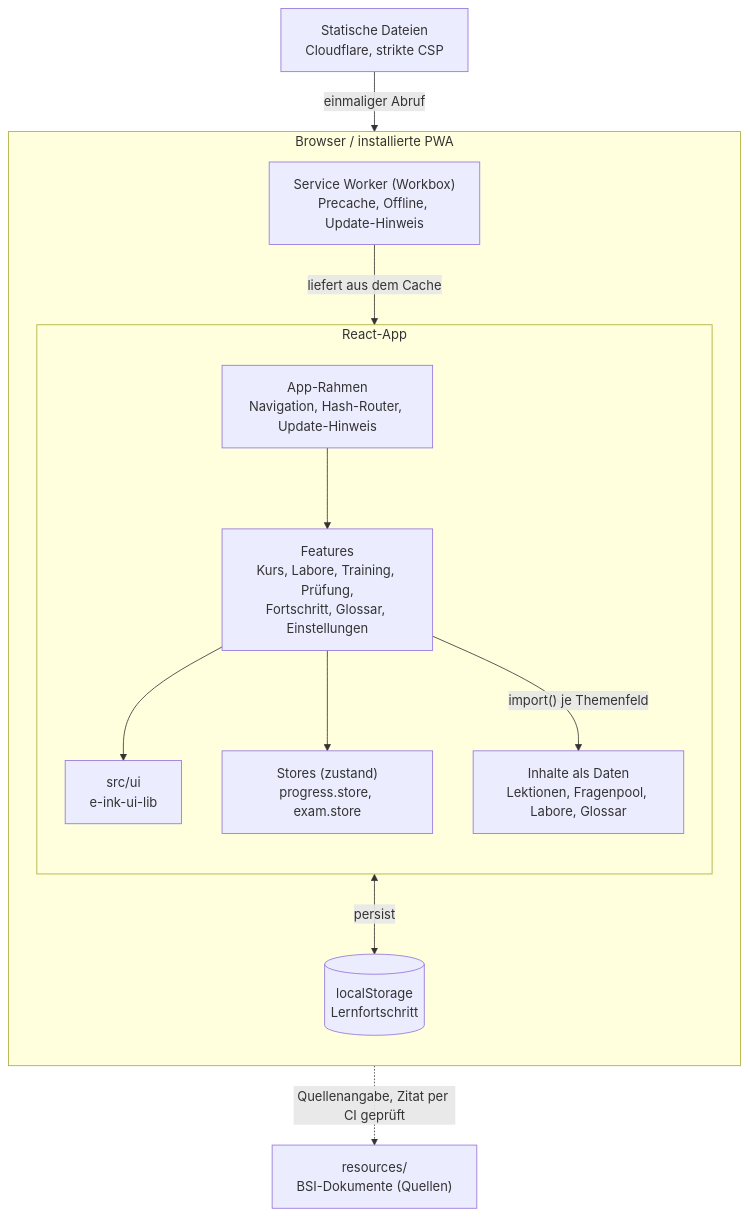
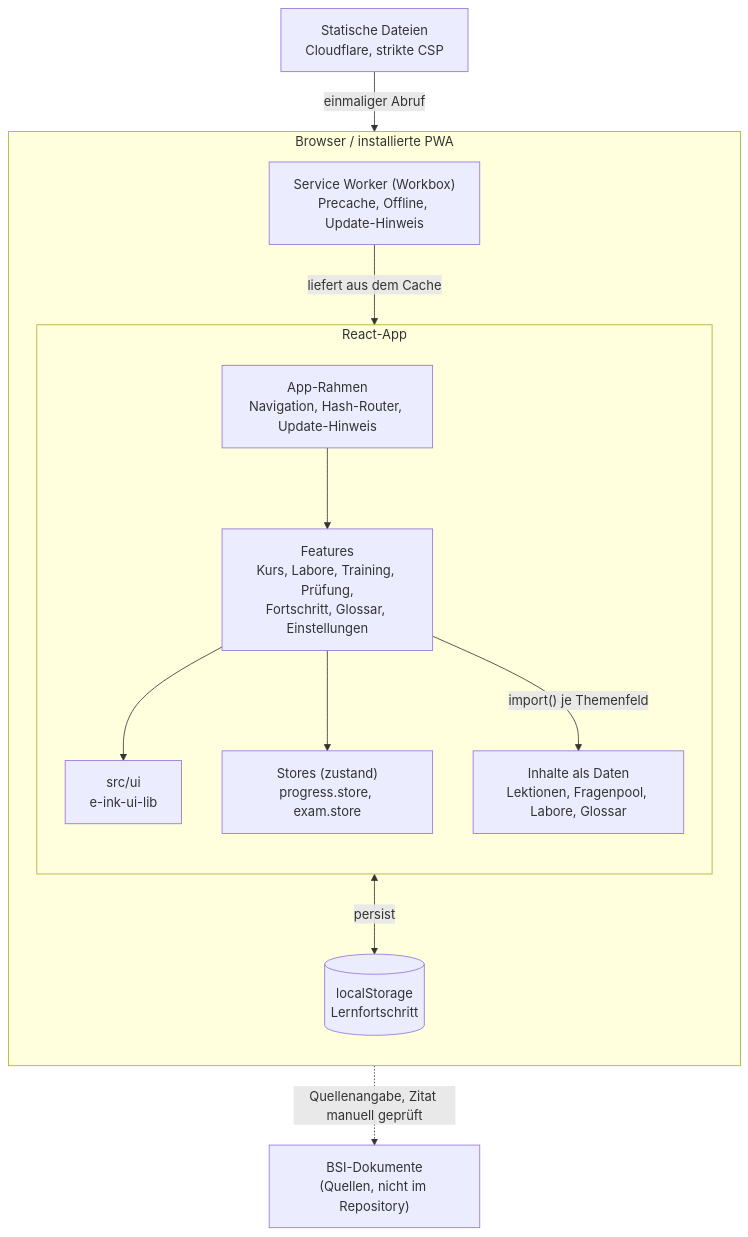
Before and after one commit to AlexisRoe/BSI_IT-Grundschutz_Seminar: the first of 2 diagrams in README.md, drawn with Mermaid. The commit also changed other lines of this file and 4 other files, not shown here.

First line of the commit message:
Link BSI online course, drop resources/ from README (1.5.1) (#14)

````diff
--- a/README.md
+++ b/README.md
@@ -142,27 +144,27 @@
 ```mermaid
 flowchart TB
     subgraph Browser["Browser / installierte PWA"]
         direction TB
         SW["Service Worker (Workbox)<br/>Precache, Offline, Update-Hinweis"]
         subgraph App["React-App"]
             direction TB
             Shell["App-Rahmen<br/>Navigation, Hash-Router, Update-Hinweis"]
             Features["Features<br/>Kurs, Labore, Training, Prüfung,<br/>Fortschritt, Glossar, Einstellungen"]
             Stores["Stores (zustand)<br/>progress.store, exam.store"]
             Content["Inhalte als Daten<br/>Lektionen, Fragenpool, Labore, Glossar"]
             UI["src/ui<br/>e-ink-ui-lib"]
         end
         LS[("localStorage<br/>Lernfortschritt")]
     end
     Static["Statische Dateien<br/>Cloudflare, strikte CSP"]
-    Resources["resources/<br/>BSI-Dokumente (Quellen)"]
+    Resources["BSI-Dokumente<br/>(Quellen, nicht im Repository)"]
 
     Shell --> Features
     Features --> UI
     Features --> Stores
     Features -->|"import() je Themenfeld"| Content
     Stores <-->|"persist"| LS
     SW -->|"liefert aus dem Cache"| App
     Static -->|"einmaliger Abruf"| SW
-    Content -. "Quellenangabe, Zitat per CI geprüft" .-> Resources
+    Content -. "Quellenangabe, Zitat manuell geprüft" .-> Resources
 ```
````
